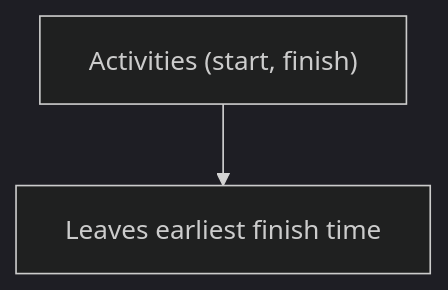
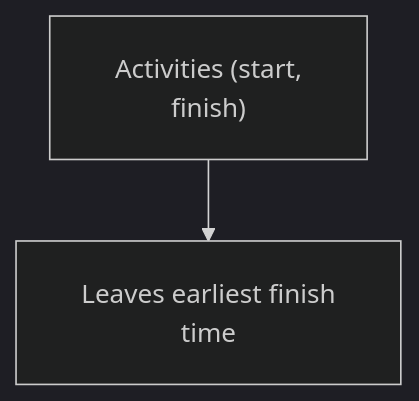
One commit to dip4k/DSA_102 changed the first of 4 diagrams in week_12_greedy_and_paradigms/WEEK_12_FULL_PLAYBOOK.md. Above: the diagram before and after it, drawn with Mermaid (dark theme). The commit also changed other lines of this file and 108 other files, not shown here.

First line of the commit message:
fix(mermaid): resolve diagram clipping, padding, and syntax issues across repo

````diff
--- a/week_12_greedy_and_paradigms/WEEK_12_FULL_PLAYBOOK.md
+++ b/week_12_greedy_and_paradigms/WEEK_12_FULL_PLAYBOOK.md
@@ -138,5 +138,6 @@
 ```mermaid
+%%{init: {"flowchart": {"htmlLabels": true, "padding": 20}}}%%
 flowchart TD
-    R["Activities (start, finish)"]
-    R --> N1["Leaves earliest finish time"]
+    R["Activities (start,<br/>finish)"]
+    R --> N1["Leaves earliest finish<br/>time"]
 ```
````
